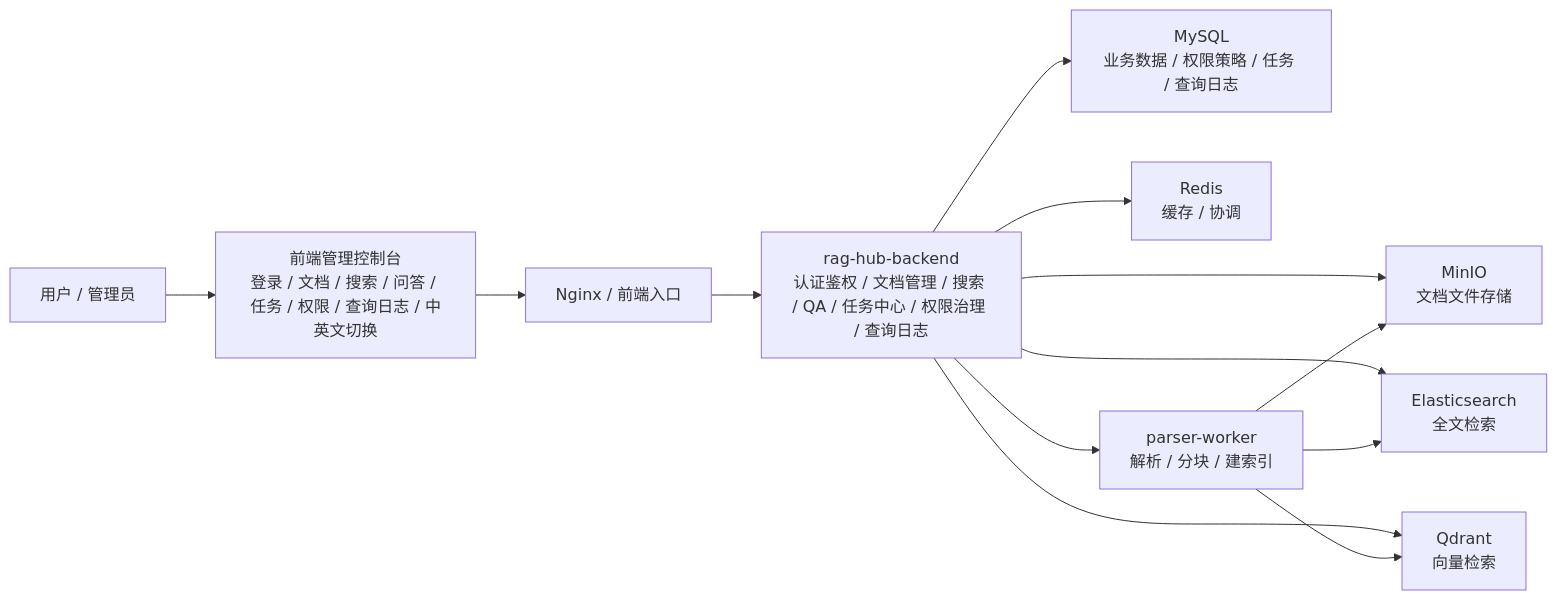
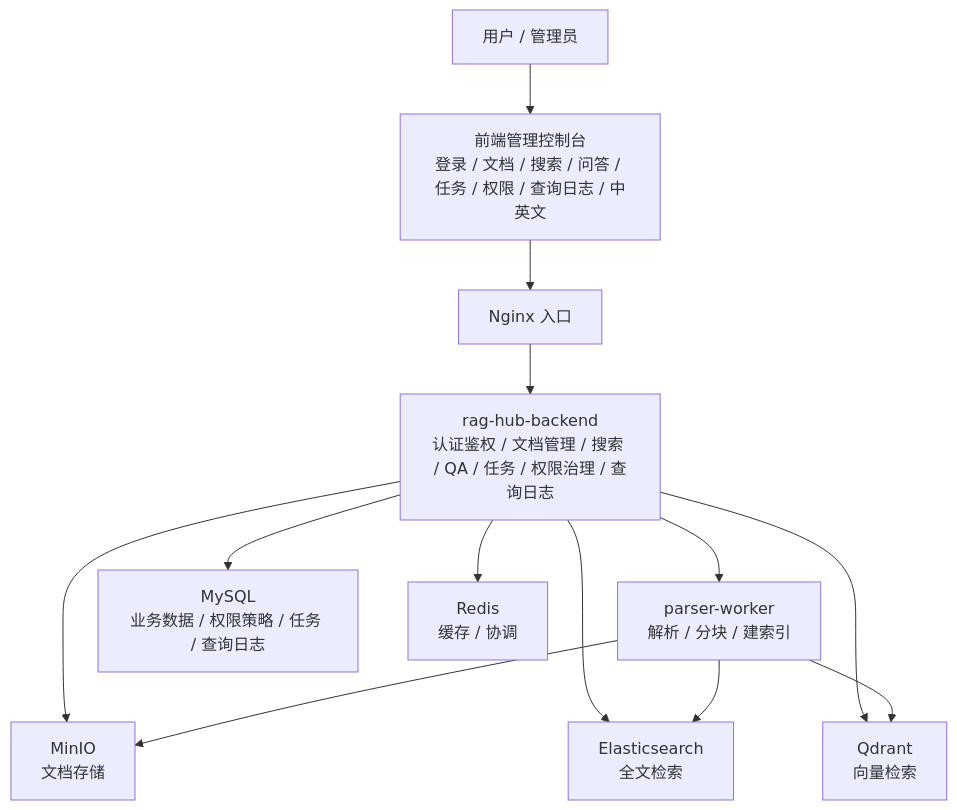
The diagram in README.md (hwj1995style/rag-hub), drawn with Mermaid before and after one commit.

Commit message:
docs: adjust architecture diagram layout

````diff
--- a/README.md
+++ b/README.md
@@ -5,15 +5,23 @@
 ```mermaid
-flowchart LR
-    U["用户 / 管理员"] --> F["前端管理控制台<br/>登录 / 文档 / 搜索 / 问答 / 任务 / 权限 / 查询日志 / 中英文切换"]
-    F --> N["Nginx / 前端入口"]
-    N --> B["rag-hub-backend<br/>认证鉴权 / 文档管理 / 搜索 / QA / 任务中心 / 权限治理 / 查询日志"]
+flowchart TB
+    U["用户 / 管理员"]
+    F["前端管理控制台<br/>登录 / 文档 / 搜索 / 问答 / 任务 / 权限 / 查询日志 / 中英文"]
+    N["Nginx 入口"]
+    B["rag-hub-backend<br/>认证鉴权 / 文档管理 / 搜索 / QA / 任务 / 权限治理 / 查询日志"]
+    P["parser-worker<br/>解析 / 分块 / 建索引"]
+
+    U --> F
+    F --> N
+    N --> B
+    B --> P
+
     B --> DB["MySQL<br/>业务数据 / 权限策略 / 任务 / 查询日志"]
-    B --> M["MinIO<br/>文档文件存储"]
+    B --> R["Redis<br/>缓存 / 协调"]
+    B --> M["MinIO<br/>文档存储"]
     B --> ES["Elasticsearch<br/>全文检索"]
     B --> Q["Qdrant<br/>向量检索"]
-    B --> R["Redis<br/>缓存 / 协调"]
-    B --> P["parser-worker<br/>解析 / 分块 / 建索引"]
+
     P --> M
     P --> ES
     P --> Q
 ```
````
